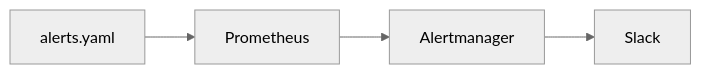
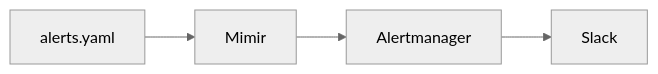
One commit to nais/doc changed the fifth of 5 diagrams in docs/observability/README.md. Above: the diagram before and after it, drawn with Mermaid (neutral theme). The commit also changed other lines of this file and 5 other files, not shown here.

````diff
--- a/docs/observability/README.md
+++ b/docs/observability/README.md
@@ -122,6 +123,6 @@
 ```mermaid
 graph LR
-  alerts.yaml --> Prometheus
-  Prometheus --> Alertmanager
+  alerts.yaml --> Mimir
+  Mimir --> Alertmanager
   Alertmanager --> Slack
 ```
````
